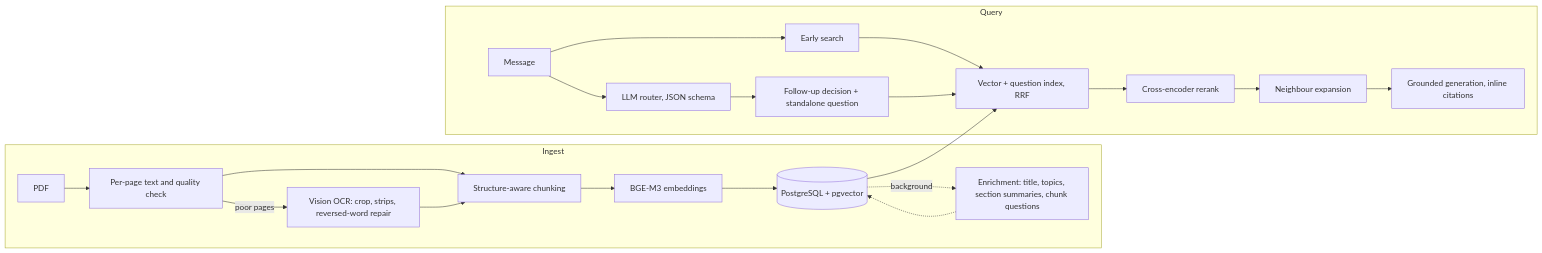
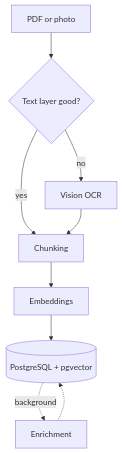
The first of 2 diagrams in README.md (Soroush-porhonar/Daneshjoyar), drawn with Mermaid before and after one commit. The commit also changed other lines of this file, not shown here.

Commit message:
README: architecture as two small top-down diagrams

````diff
--- a/README.md
+++ b/README.md
@@ -46,24 +48,11 @@
 ```mermaid
-flowchart LR
-  subgraph Ingest
-    A[PDF] --> B[Per-page text and quality check]
-    B -->|poor pages| C[Vision OCR: crop, strips, reversed-word repair]
-    B --> D[Structure-aware chunking]
-    C --> D
-    D --> E[BGE-M3 embeddings]
-    E --> F[(PostgreSQL + pgvector)]
-    F -. background .-> G[Enrichment: title, topics, section summaries, chunk questions]
-    G -.-> F
-  end
-  subgraph Query
-    Q[Message] --> R[LLM router, JSON schema]
-    Q --> S[Early search]
-    R --> W[Follow-up decision + standalone question]
-    S --> X[Vector + question index, RRF]
-    W --> X
-    X --> Y[Cross-encoder rerank]
-    Y --> Z[Neighbour expansion]
-    Z --> L[Grounded generation, inline citations]
-  end
-  F --> X
+flowchart TD
+  A[PDF or photo] --> B{Text layer good?}
+  B -- yes --> D[Chunking]
+  B -- no --> C[Vision OCR]
+  C --> D
+  D --> E[Embeddings]
+  E --> F[(PostgreSQL + pgvector)]
+  F -. background .-> G[Enrichment]
+  G -.-> F
 ```
````
